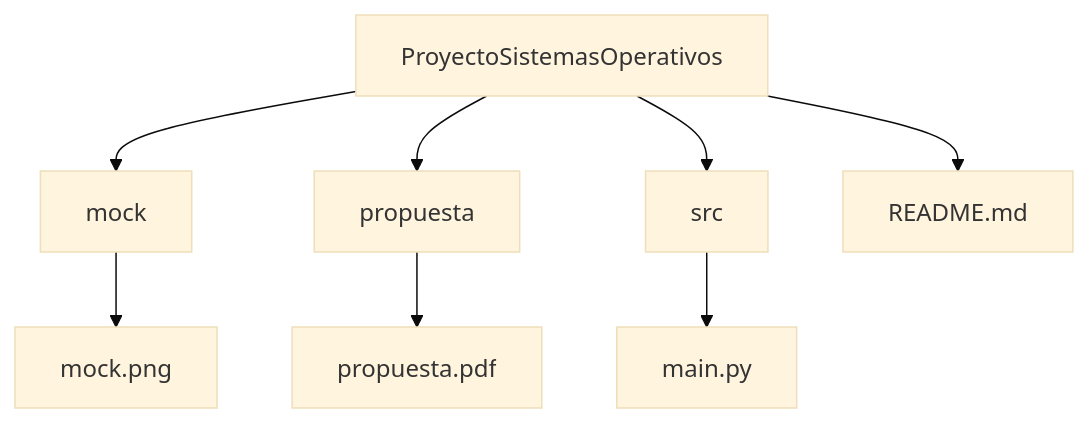
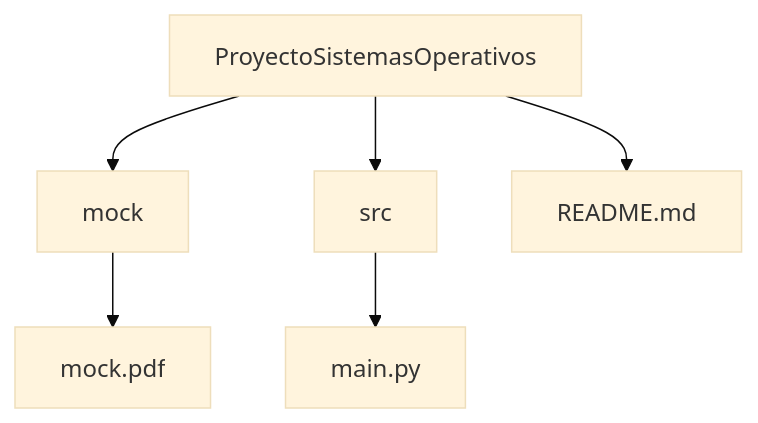
Before and after one commit to samsj01/ProyectoSistemasOperativos: the diagram in README.md, drawn with Mermaid (base theme).

````diff
--- a/README.md
+++ b/README.md
@@ -19,15 +19,13 @@
 ```mermaid
 flowchart TD
     A[ProyectoSistemasOperativos]
 
     A --> B[mock]
-    A --> C[propuesta]
-    A --> D[src]
-    A --> E[README.md]
+    A --> C[src]
+    A --> D[README.md]
 
-    C --> F[propuesta.pdf]
 
-    D --> G[main.py]
-    B --> I[mock.png]
+    C --> G[main.py]
+    B --> I[mock.pdf]
     
 ```
````
